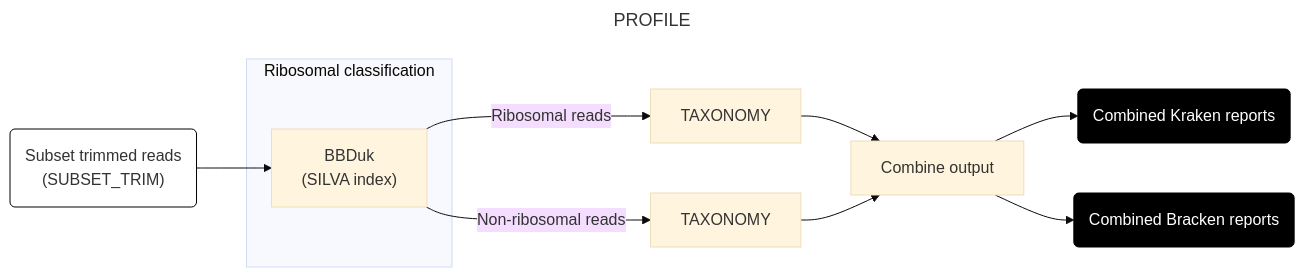
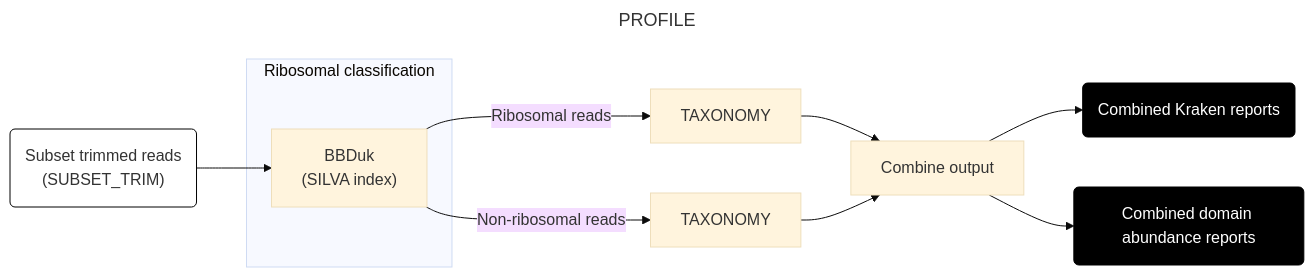
One commit to securebio/nao-mgs-workflow changed the eighth of 9 diagrams in docs/run.md. Above: the diagram before and after it, drawn with Mermaid (base theme). The commit also changed other lines of this file and 21 other files, not shown here.

````diff
--- a/docs/run.md
+++ b/docs/run.md
@@ -290,21 +290,21 @@
 ```mermaid
 ---
 title: PROFILE
 config:
   layout: horizontal
 ---
 flowchart LR
 A("Subset trimmed reads <br> (SUBSET_TRIM)") --> B["BBDuk <br> (SILVA index)"]
 B --> |Ribosomal reads| C[TAXONOMY]
 B --> |Non-ribosomal reads| D[TAXONOMY]
 C --> E[Combine output]
 D --> E
 E --> F(Combined Kraken reports)
-E --> G(Combined Bracken reports)
+E --> G(Combined domain abundance reports)
 subgraph "Ribosomal classification"
 B
 end
 style A fill:#fff,stroke:#000
 style F fill:#000,color:#fff,stroke:#000
 style G fill:#000,color:#fff,stroke:#000
 ```
````
